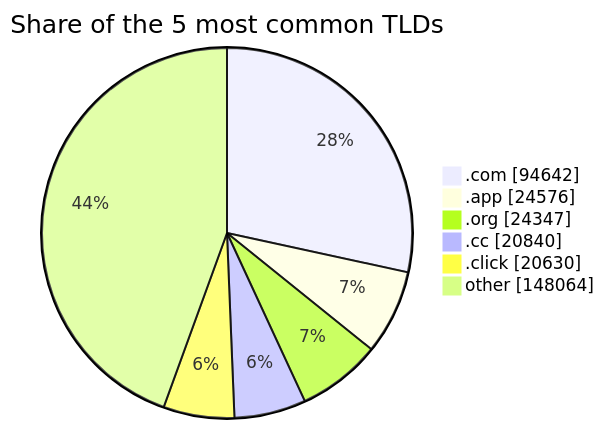
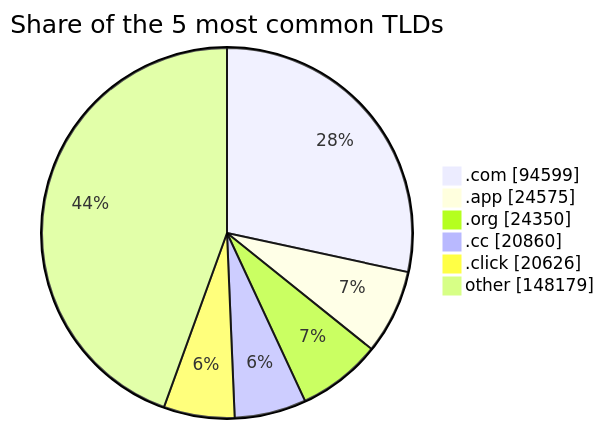
One commit to DNSBunker/CTI changed the third of 3 diagrams in README.md. Above: the diagram before and after it, drawn with Mermaid. The commit also changed other lines of this file and 4 other files, not shown here.

````diff
--- a/README.md
+++ b/README.md
@@ -81,9 +81,9 @@
 ```mermaid
 pie showData title Share of the 5 most common TLDs
-    ".com" : 94642
-    ".app" : 24576
-    ".org" : 24347
-    ".cc" : 20840
-    ".click" : 20630
-    "other" : 148064
+    ".com" : 94599
+    ".app" : 24575
+    ".org" : 24350
+    ".cc" : 20860
+    ".click" : 20626
+    "other" : 148179
 ```
````
